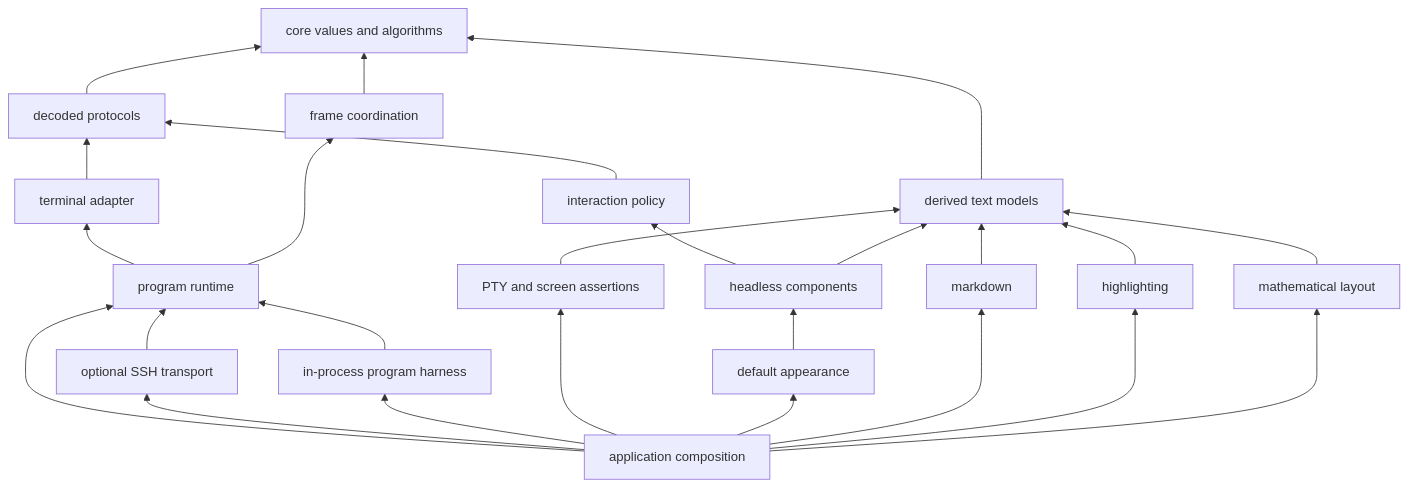
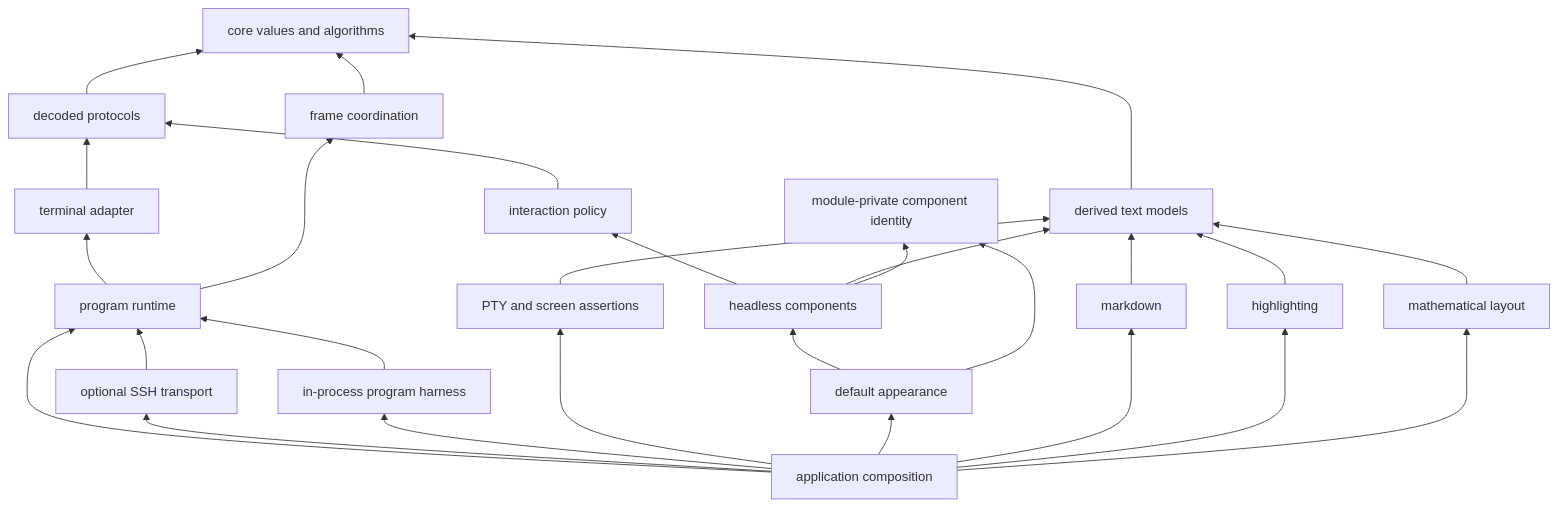
The third of 3 diagrams in docs/architecture.md (Tangerg/oolong), drawn with Mermaid before and after one commit. The commit also changed other lines of this file and 50 other files, not shown here.

````diff
--- a/docs/architecture.md
+++ b/docs/architecture.md
@@ -484,28 +484,31 @@
 ```mermaid
 flowchart BT
     Foundation["core values and algorithms"]
     Protocol["decoded protocols"] --> Foundation
     Model["derived text models"] --> Foundation
     Interaction["interaction policy"] --> Protocol
     Coordination["frame coordination"] --> Foundation
     Term["terminal adapter"] --> Protocol
     Program["program runtime"] --> Term
     Program --> Coordination
     SSH["optional SSH transport"] --> Program
     ProgramTest["in-process program harness"] --> Program
     Harness["PTY and screen assertions"] --> Model
+    ComponentIdentity["module-private component identity"]
     Headless["headless components"] --> Interaction
     Headless --> Model
+    Headless --> ComponentIdentity
     Kit["default appearance"] --> Headless
+    Kit --> ComponentIdentity
     Markdown["markdown"] --> Model
     Highlight["highlighting"] --> Model
     Latex["mathematical layout"] --> Model
     App["application composition"] --> Program
     App --> SSH
     App --> ProgramTest
     App --> Harness
     App --> Kit
     App --> Markdown
     App --> Highlight
     App --> Latex
 ```
````
